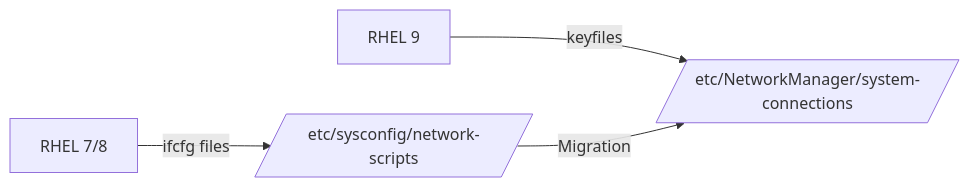
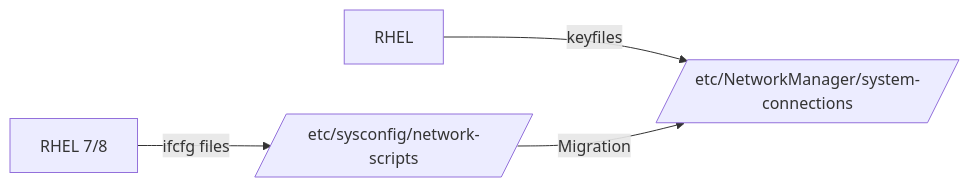
The diagram in posts/2026-03-04-migrate-ifcfg-keyfile-format-rhel-9/README.md (OneUptime/blog), drawn with Mermaid before and after one commit. The commit also changed other lines of this file and 4866 other files, not shown here.

````diff
--- a/posts/2026-03-04-migrate-ifcfg-keyfile-format-rhel-9/README.md
+++ b/posts/2026-03-04-migrate-ifcfg-keyfile-format-rhel-9/README.md
@@ -22,6 +22,6 @@
 ```mermaid
 flowchart LR
     A[RHEL 7/8] -->|ifcfg files| B[/etc/sysconfig/network-scripts/]
-    C[RHEL 9] -->|keyfiles| D[/etc/NetworkManager/system-connections/]
+    C[RHEL] -->|keyfiles| D[/etc/NetworkManager/system-connections/]
     B -->|Migration| D
 ```
````
